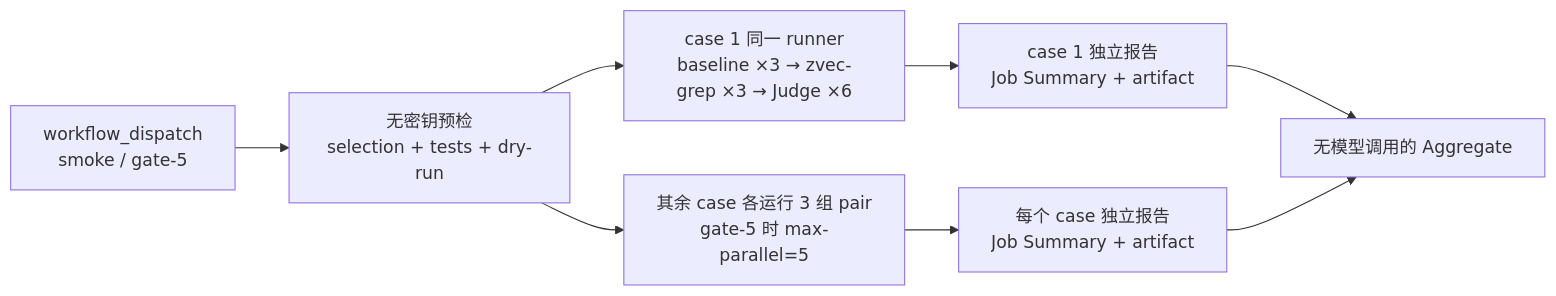
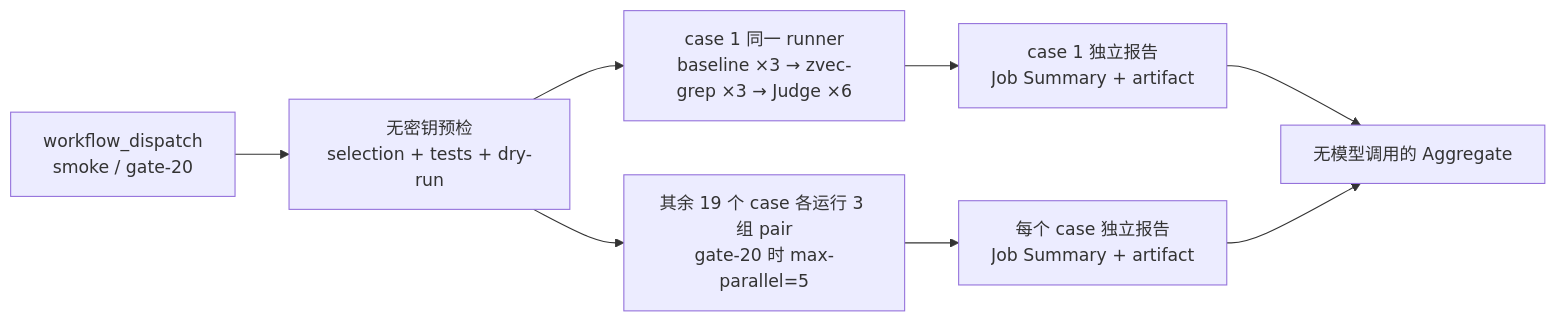
One commit to zvec-ai/zvec-grep changed the diagram in benchmarks/coding/SWE_QA_CI.md. Above: the diagram before and after it, drawn with Mermaid. The commit also changed other lines of this file and 75 other files, not shown here.

````diff
--- a/benchmarks/coding/SWE_QA_CI.md
+++ b/benchmarks/coding/SWE_QA_CI.md
@@ -21,10 +36,10 @@
 ```mermaid
 flowchart LR
-    D["workflow_dispatch<br/>smoke / gate-5"] --> V["无密钥预检<br/>selection + tests + dry-run"]
+    D["workflow_dispatch<br/>smoke / gate-20"] --> V["无密钥预检<br/>selection + tests + dry-run"]
     V --> P1["case 1 同一 runner<br/>baseline ×3 → zvec-grep ×3 → Judge ×6"]
-    V --> P2["其余 case 各运行 3 组 pair<br/>gate-5 时 max-parallel=5"]
+    V --> P2["其余 19 个 case 各运行 3 组 pair<br/>gate-20 时 max-parallel=5"]
     P1 --> R1["case 1 独立报告<br/>Job Summary + artifact"]
     P2 --> RN["每个 case 独立报告<br/>Job Summary + artifact"]
     R1 --> A["无模型调用的 Aggregate"]
     RN --> A
 ```
````
